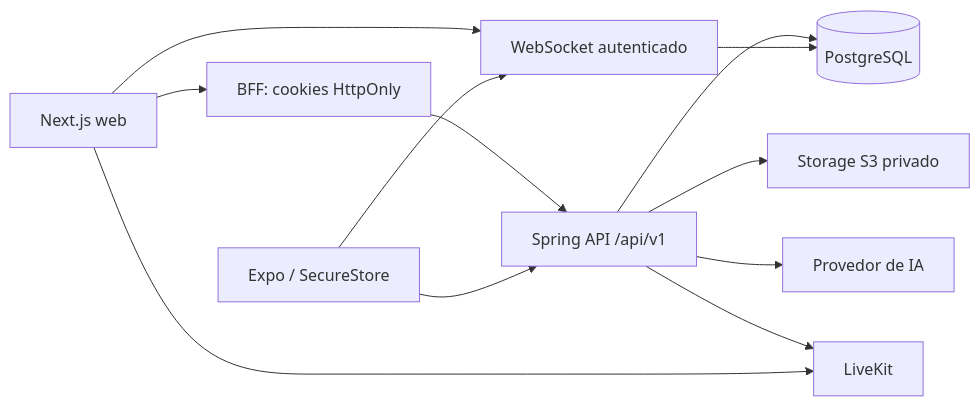
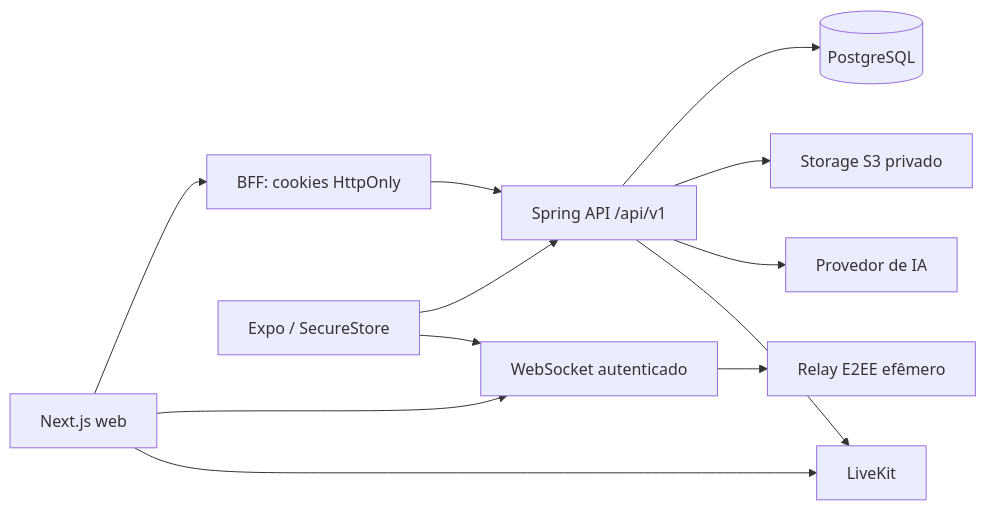
One commit to luizcordeiro155/Enturma changed the diagram in docs/ARCHITECTURE.md. Above: the diagram before and after it, drawn with Mermaid. The commit also changed other lines of this file, not shown here.

Commit message:
docs(architecture): reflect E2EE relay OpenAI LiveKit and XP

````diff
--- a/docs/ARCHITECTURE.md
+++ b/docs/ARCHITECTURE.md
@@ -5,14 +5,14 @@
 ```mermaid
 flowchart LR
   Web[Next.js web] --> BFF[BFF: cookies HttpOnly]
   BFF --> API[Spring API /api/v1]
   Mobile[Expo / SecureStore] --> API
   API --> PG[(PostgreSQL)]
   Web --> WS[WebSocket autenticado]
   Mobile --> WS
-  WS --> PG
+  WS --> Relay[Relay E2EE efêmero]
   API --> S3[Storage S3 privado]
   API --> LLM[Provedor de IA]
   API --> LK[LiveKit]
   Web --> LK
 ```
````
